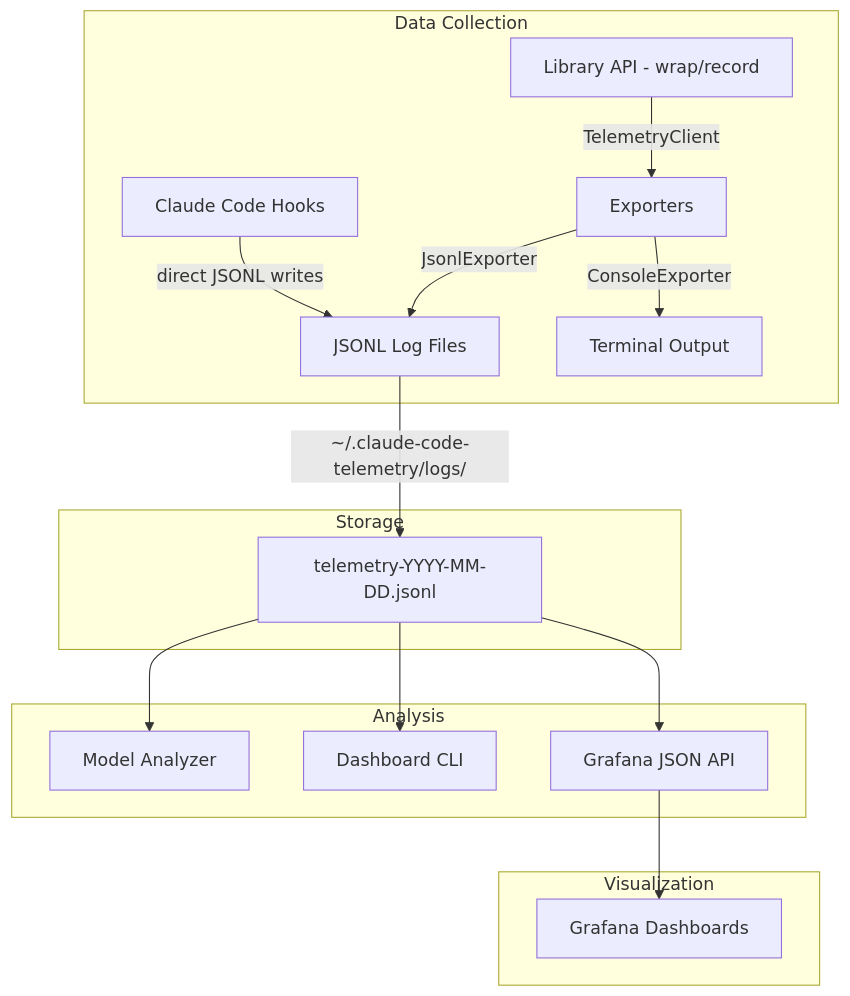
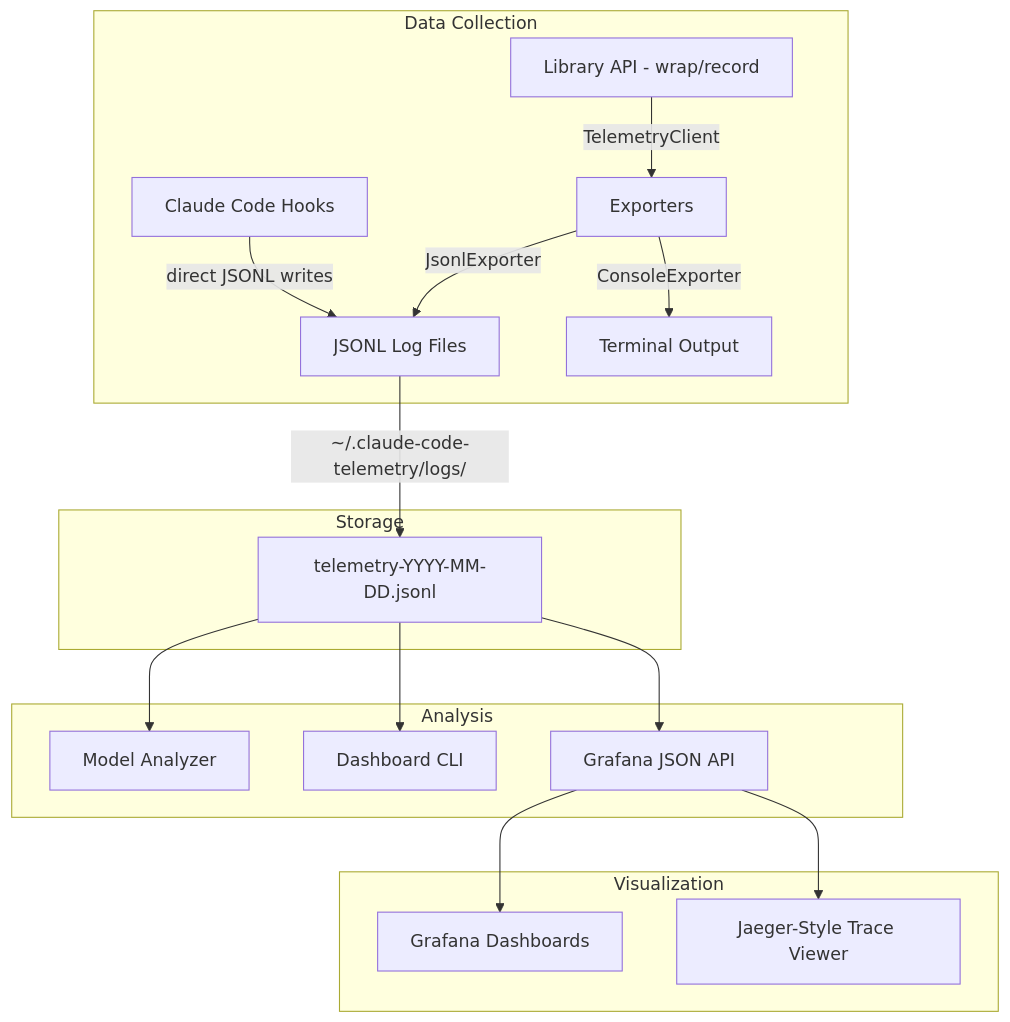
Before and after one commit to nnaveenraju/claude-code-telemetry: the diagram in README.md, drawn with Mermaid. The commit also changed other lines of this file and 21 other files, not shown here.

First line of the commit message:
feat: open-source release prep — tracing, Jaeger viewer, Grafana fix, OSS files

````diff
--- a/README.md
+++ b/README.md
@@ -7,23 +24,24 @@
 ```mermaid
 graph TB
     subgraph "Data Collection"
         H[Claude Code Hooks] -->|direct JSONL writes| L[JSONL Log Files]
         A[Library API - wrap/record] -->|TelemetryClient| E[Exporters]
         E -->|JsonlExporter| L
         E -->|ConsoleExporter| C[Terminal Output]
     end
 
     subgraph "Storage"
         L -->|~/.claude-code-telemetry/logs/| F[telemetry-YYYY-MM-DD.jsonl]
     end
 
     subgraph "Analysis"
         F --> MA[Model Analyzer]
         F --> CLI[Dashboard CLI]
         F --> API[Grafana JSON API]
     end
 
     subgraph "Visualization"
         API --> G[Grafana Dashboards]
+        API --> T[Jaeger-Style Trace Viewer]
     end
 ```
````
